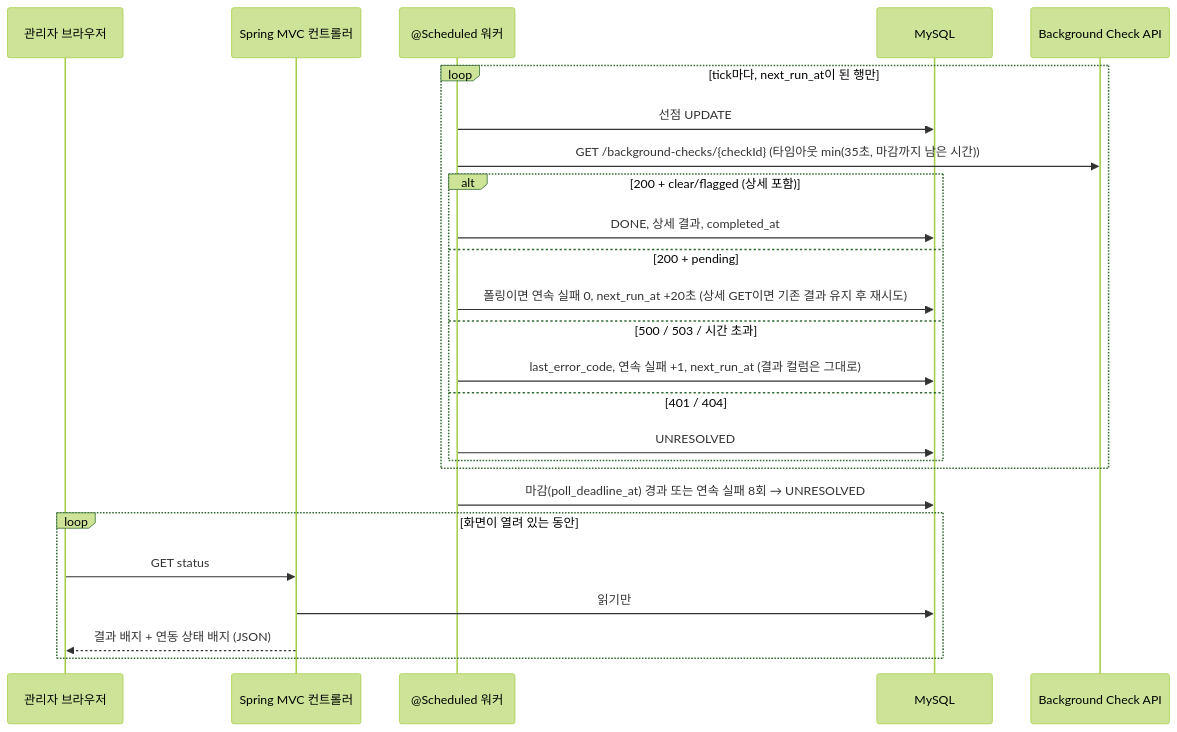
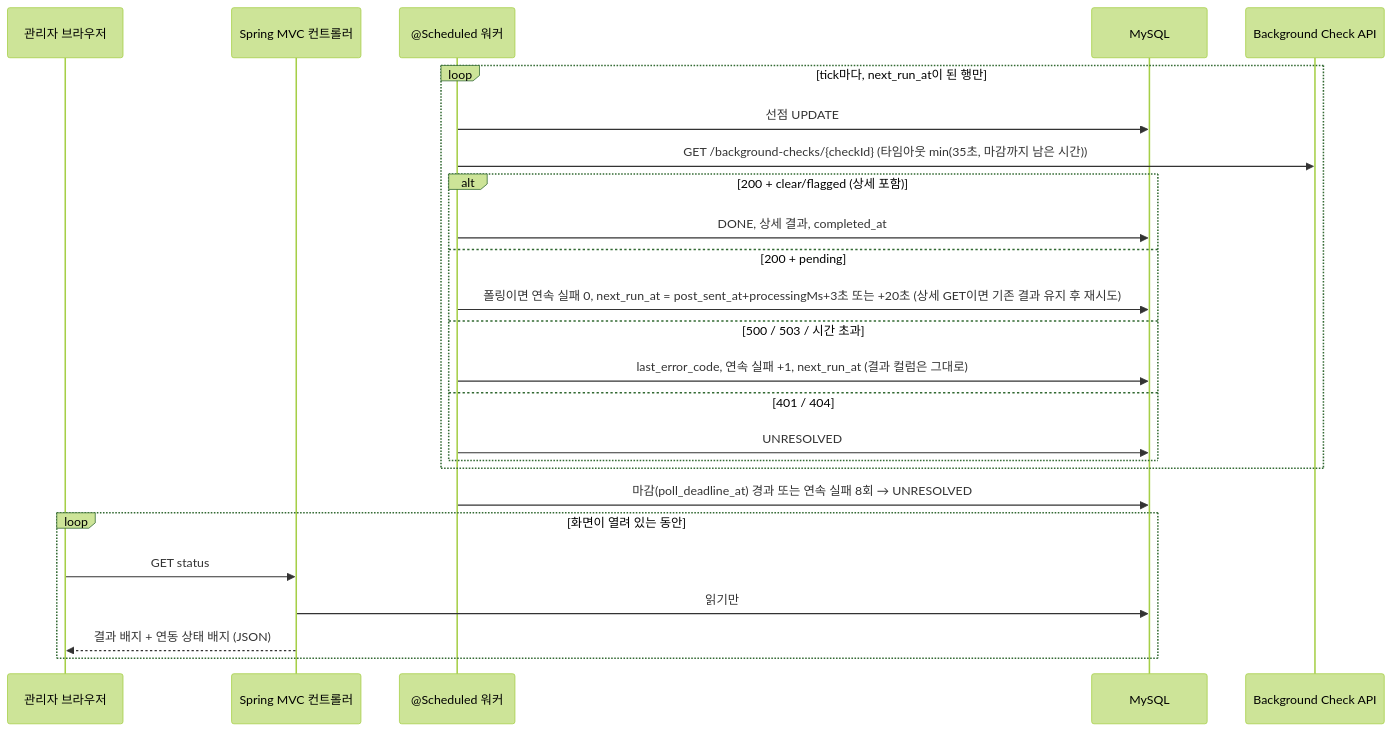
Before and after one commit to 1thsdpdms1/hr-portal: the third of 3 diagrams in DESIGN.md, drawn with Mermaid (forest theme). The commit also changed other lines of this file and 11 other files, not shown here.

````diff
--- a/DESIGN.md
+++ b/DESIGN.md
@@ -701,27 +701,27 @@
 ```mermaid
 sequenceDiagram
     participant A as 관리자 브라우저
     participant S as Spring MVC 컨트롤러
     participant W as @Scheduled 워커
     participant D as MySQL
     participant X as Background Check API
     loop tick마다, next_run_at이 된 행만
         W->>D: 선점 UPDATE
         W->>X: GET /background-checks/{checkId} (타임아웃 min(35초, 마감까지 남은 시간))
         alt 200 + clear/flagged (상세 포함)
             W->>D: DONE, 상세 결과, completed_at
         else 200 + pending
-            W->>D: 폴링이면 연속 실패 0, next_run_at +20초 (상세 GET이면 기존 결과 유지 후 재시도)
+            W->>D: 폴링이면 연속 실패 0, next_run_at = post_sent_at+processingMs+3초 또는 +20초 (상세 GET이면 기존 결과 유지 후 재시도)
         else 500 / 503 / 시간 초과
             W->>D: last_error_code, 연속 실패 +1, next_run_at (결과 컬럼은 그대로)
         else 401 / 404
             W->>D: UNRESOLVED
         end
     end
     W->>D: 마감(poll_deadline_at) 경과 또는 연속 실패 8회 → UNRESOLVED
     loop 화면이 열려 있는 동안
         A->>S: GET status
         S->>D: 읽기만
         S-->>A: 결과 배지 + 연동 상태 배지 (JSON)
     end
 ```
````
